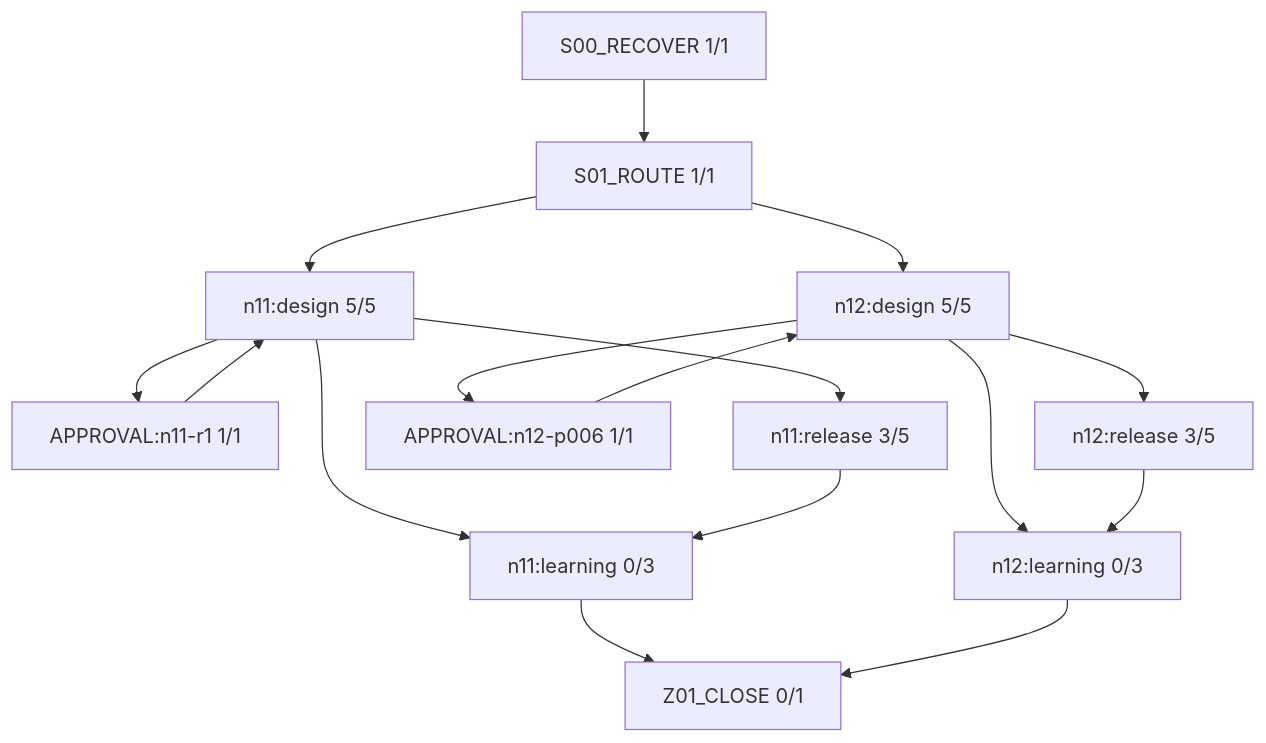
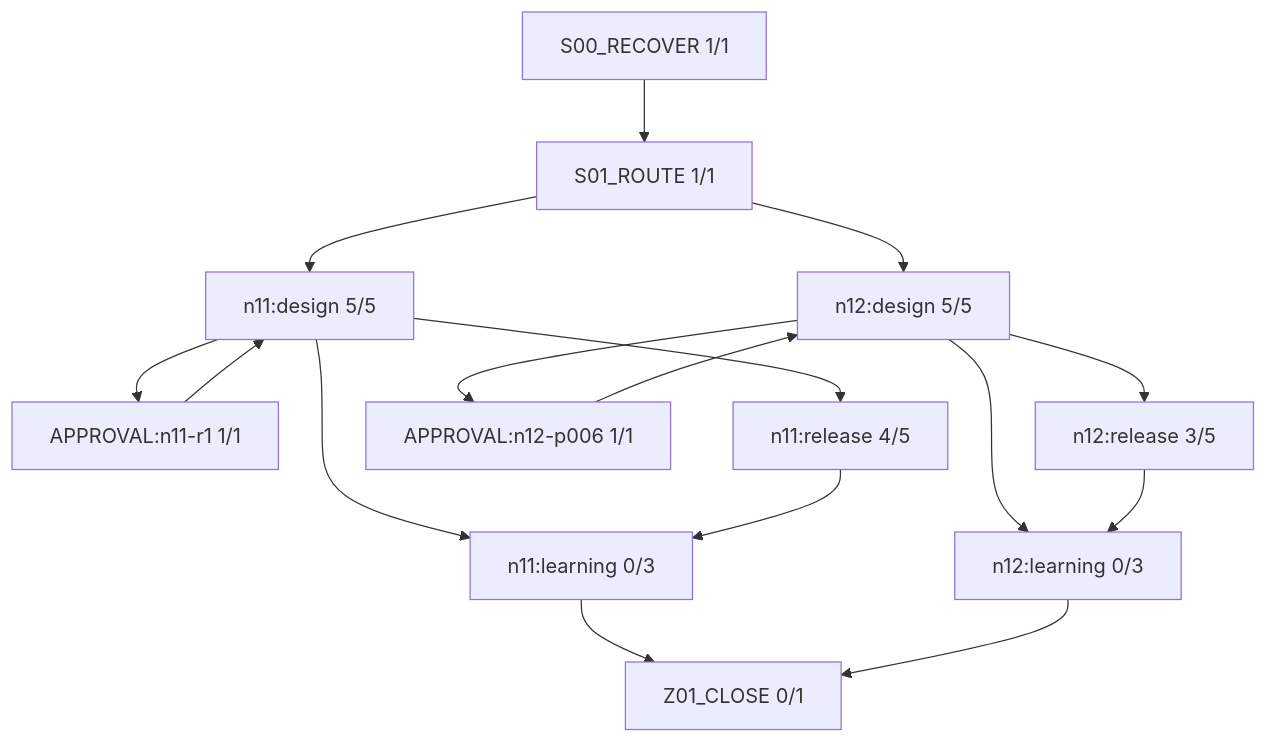
Before and after one commit to rrikunagasige-dot/kyotsu-step-web: the diagram in work/items/W-MATH-047-n1112-guided-review/generated/FIRE_DIAGRAM.md, drawn with Mermaid. The commit also changed other lines of this file and 41 other files, not shown here.

````diff
--- a/work/items/W-MATH-047-n1112-guided-review/generated/FIRE_DIAGRAM.md
+++ b/work/items/W-MATH-047-n1112-guided-review/generated/FIRE_DIAGRAM.md
@@ -5,29 +5,29 @@
 ```mermaid
 flowchart TD
   N0["S00_RECOVER 1/1"]
   N1["S01_ROUTE 1/1"]
   N2["n11:design 5/5"]
   N3["APPROVAL:n11-r1 1/1"]
-  N4["n11:release 3/5"]
+  N4["n11:release 4/5"]
   N5["n12:design 5/5"]
   N6["APPROVAL:n12-p006 1/1"]
   N7["n12:release 3/5"]
   N8["n11:learning 0/3"]
   N9["n12:learning 0/3"]
   N10["Z01_CLOSE 0/1"]
   N3 --> N2
   N6 --> N5
   N0 --> N1
   N1 --> N2
   N1 --> N5
   N2 --> N3
   N2 --> N8
   N2 --> N4
   N8 --> N10
   N4 --> N8
   N5 --> N6
   N5 --> N9
   N5 --> N7
   N9 --> N10
   N7 --> N9
 ```
````
